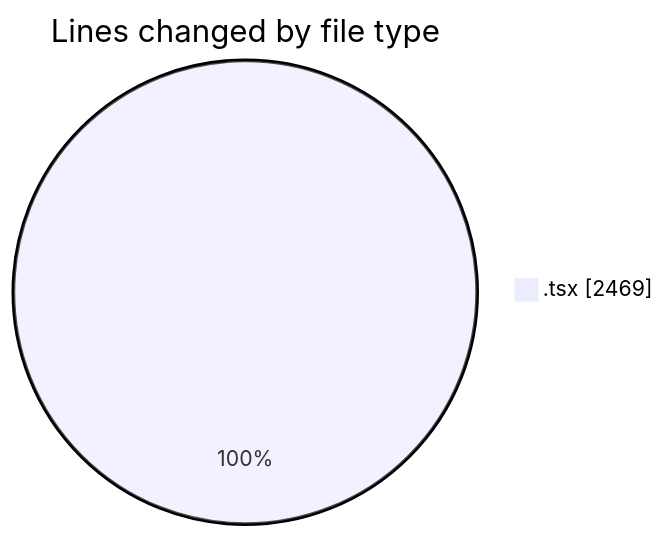
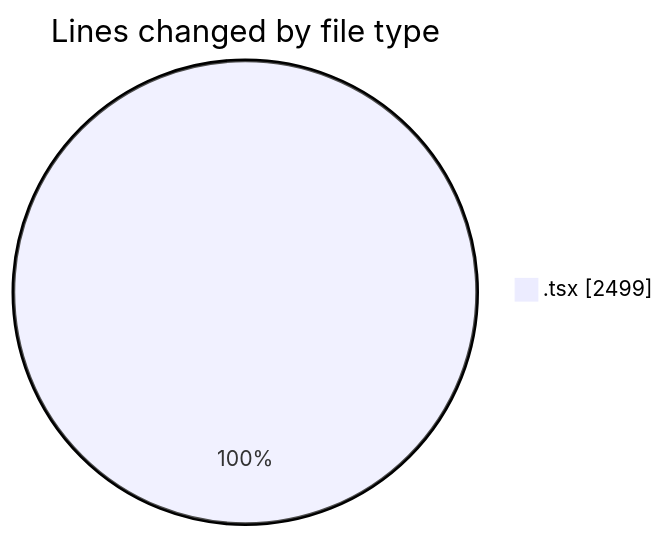
The first of 2 diagrams in 2025-09-23/cda/README.md (momahboobian/code-tracking), drawn with Mermaid before and after one commit. The commit also changed other lines of this file and 1 other file, not shown here.

````diff
--- a/2025-09-23/cda/README.md
+++ b/2025-09-23/cda/README.md
@@ -22,5 +22,5 @@
 ```mermaid
 pie showData
 title Lines changed by file type
-".tsx" : 2469
+".tsx" : 2499
 ```
````
